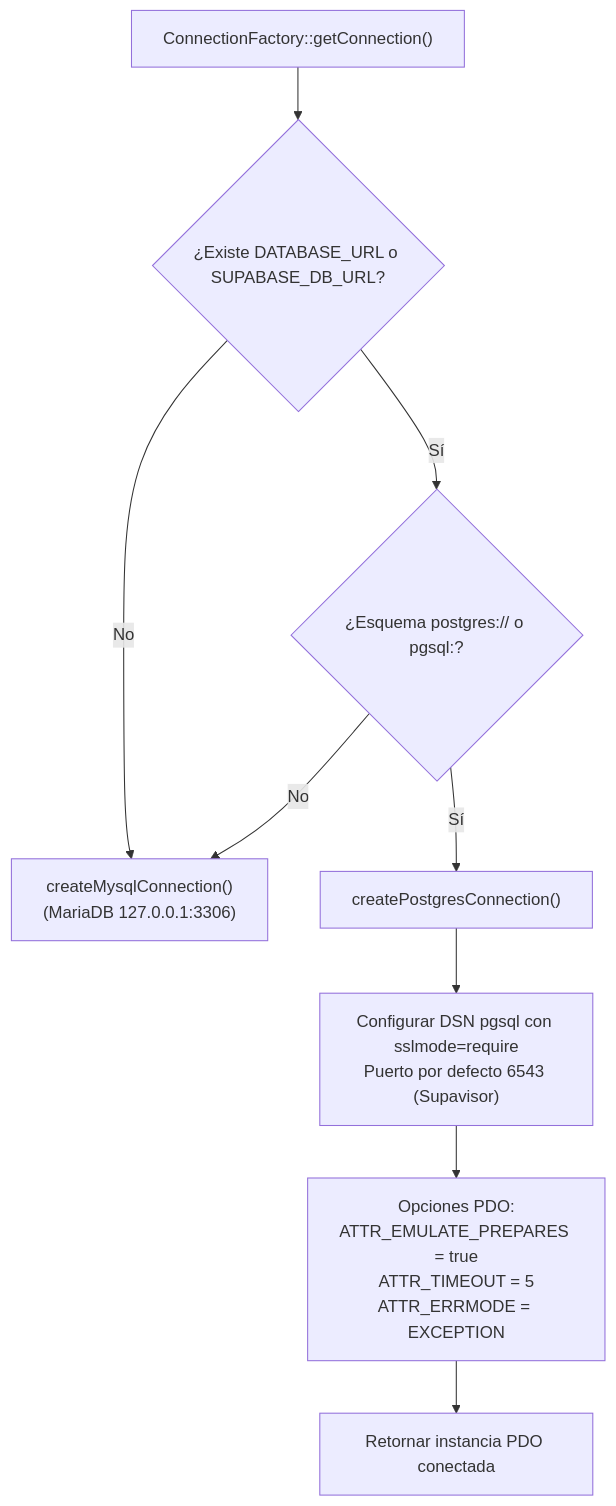
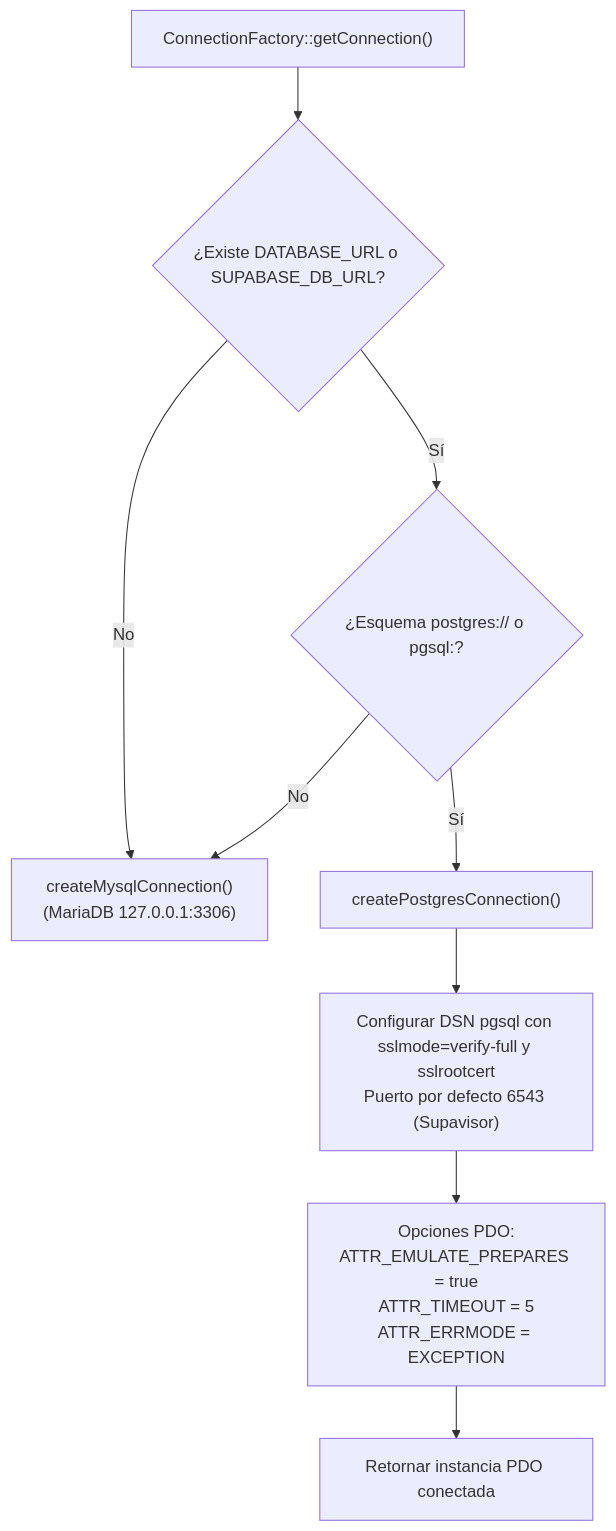
The first of 3 diagrams in specs/12-hybrid-supabase-migration/plan.md (Rugsoft/VendGuard), drawn with Mermaid before and after one commit. The commit also changed other lines of this file and 7 other files, not shown here.

````diff
--- a/specs/12-hybrid-supabase-migration/plan.md
+++ b/specs/12-hybrid-supabase-migration/plan.md
@@ -156,11 +174,11 @@
 ```mermaid
 flowchart TD
     A["ConnectionFactory::getConnection()"] --> B{"¿Existe DATABASE_URL o SUPABASE_DB_URL?"}
     B -->|No| C["createMysqlConnection()<br>(MariaDB 127.0.0.1:3306)"]
     B -->|Sí| D{"¿Esquema postgres:// o pgsql:?"}
     D -->|No| C
     D -->|Sí| E["createPostgresConnection()"]
-    E --> F["Configurar DSN pgsql con sslmode=require<br>Puerto por defecto 6543 (Supavisor)"]
+    E --> F["Configurar DSN pgsql con sslmode=verify-full y sslrootcert<br>Puerto por defecto 6543 (Supavisor)"]
     F --> G["Opciones PDO:<br>ATTR_EMULATE_PREPARES = true<br>ATTR_TIMEOUT = 5<br>ATTR_ERRMODE = EXCEPTION"]
     G --> H["Retornar instancia PDO conectada"]
 ```
````
